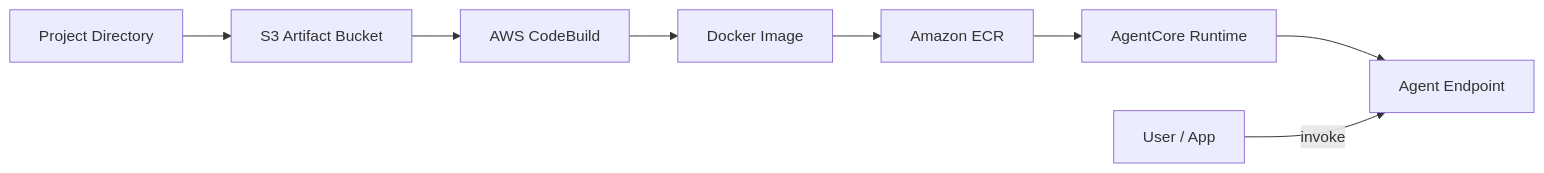
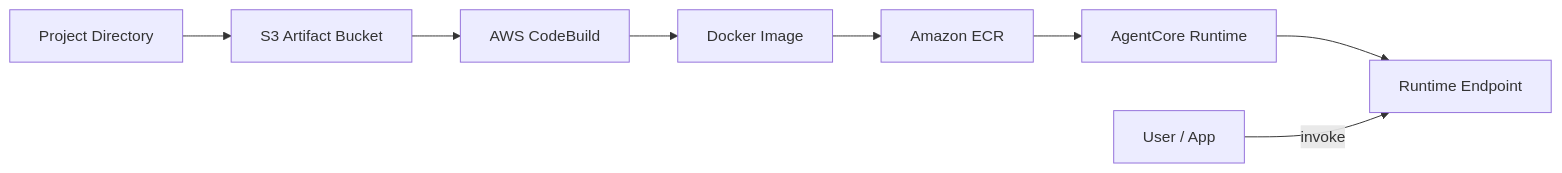
Before and after one commit to DeeptiShuklaProject/Uday_AWS: the third of 6 diagrams in doc_bedrock_production/Chapter_02_Bedrock_AgentCore_Production_Ready_Agents.md, drawn with Mermaid. The commit also changed other lines of this file and 147 other files, not shown here.

````diff
--- a/doc_bedrock_production/Chapter_02_Bedrock_AgentCore_Production_Ready_Agents.md
+++ b/doc_bedrock_production/Chapter_02_Bedrock_AgentCore_Production_Ready_Agents.md
@@ -332,10 +256,10 @@
 ```mermaid
 flowchart LR
     Proj["Project Directory"] --> S3["S3 Artifact Bucket"]
     S3 --> CB["AWS CodeBuild"]
     CB --> Img["Docker Image"]
     Img --> ECR["Amazon ECR"]
     ECR --> RT["AgentCore Runtime"]
-    RT --> EP["Agent Endpoint"]
+    RT --> EP["Runtime Endpoint"]
     User["User / App"] -->|invoke| EP
 ```
````
